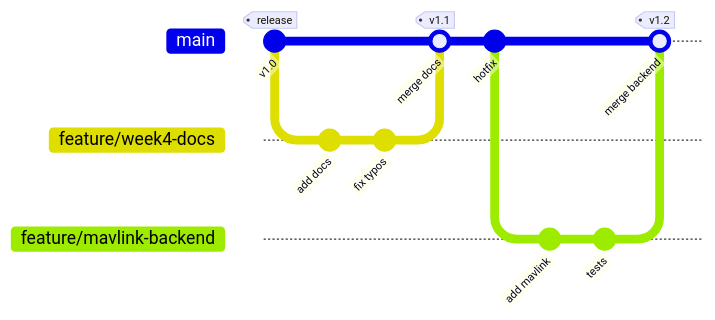
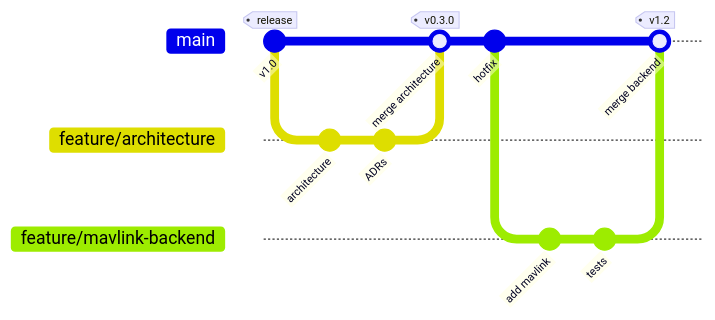
The diagram in docs/development-process.md (Innopolis-Robotics-Society/the_blimp_swp), drawn with Mermaid before and after one commit.

````diff
--- a/docs/development-process.md
+++ b/docs/development-process.md
@@ -7,17 +7,17 @@
 ```mermaid
 gitGraph
     commit id: "v1.0" tag: "release"
-    branch feature/week4-docs
-    checkout feature/week4-docs
-    commit id: "add docs"
-    commit id: "fix typos"
+    branch feature/architecture
+    checkout feature/architecture
+    commit id: "architecture"
+    commit id: "ADRs"
     checkout main
-    merge feature/week4-docs id: "merge docs" tag: "v1.1"
+    merge feature/architecture id: "merge architecture" tag: "v0.3.0"
     commit id: "hotfix"
     branch feature/mavlink-backend
     checkout feature/mavlink-backend
     commit id: "add mavlink"
     commit id: "tests"
     checkout main
     merge feature/mavlink-backend id: "merge backend" tag: "v1.2"
 ```
````
